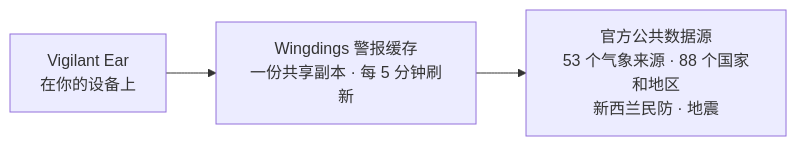
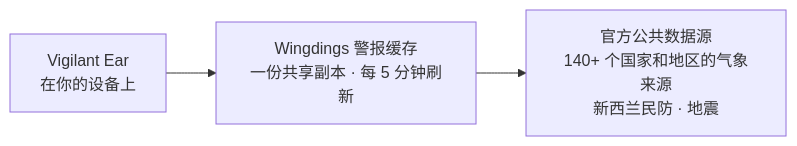
Before and after one commit to rpalm01-star/VigilantEarLegal: the fourth of 4 diagrams in README_zh-Hans.md, drawn with Mermaid. The commit also changed other lines of this file and 59 other files, not shown here.

````diff
--- a/README_zh-Hans.md
+++ b/README_zh-Hans.md
@@ -182,5 +182,5 @@
 ```mermaid
 graph LR
     P1["Vigilant Ear<br/>在你的设备上"] --> W["Wingdings 警报缓存<br/>一份共享副本 · 每 5 分钟刷新"]
-    W --> N["官方公共数据源<br/>53 个气象来源 · 88 个国家和地区<br/>新西兰民防 · 地震"]
+    W --> N["官方公共数据源<br/>140+ 个国家和地区的气象来源<br/>新西兰民防 · 地震"]
 ```
````
